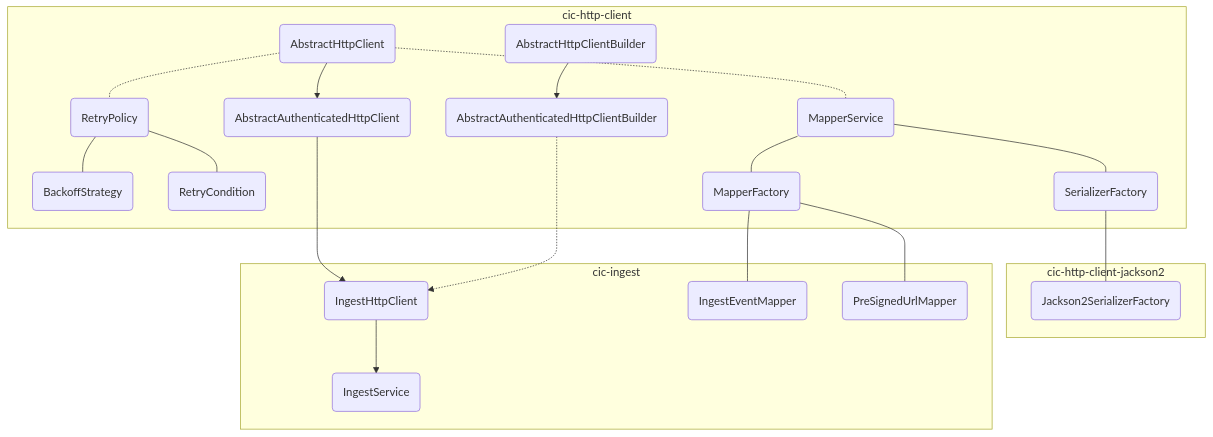
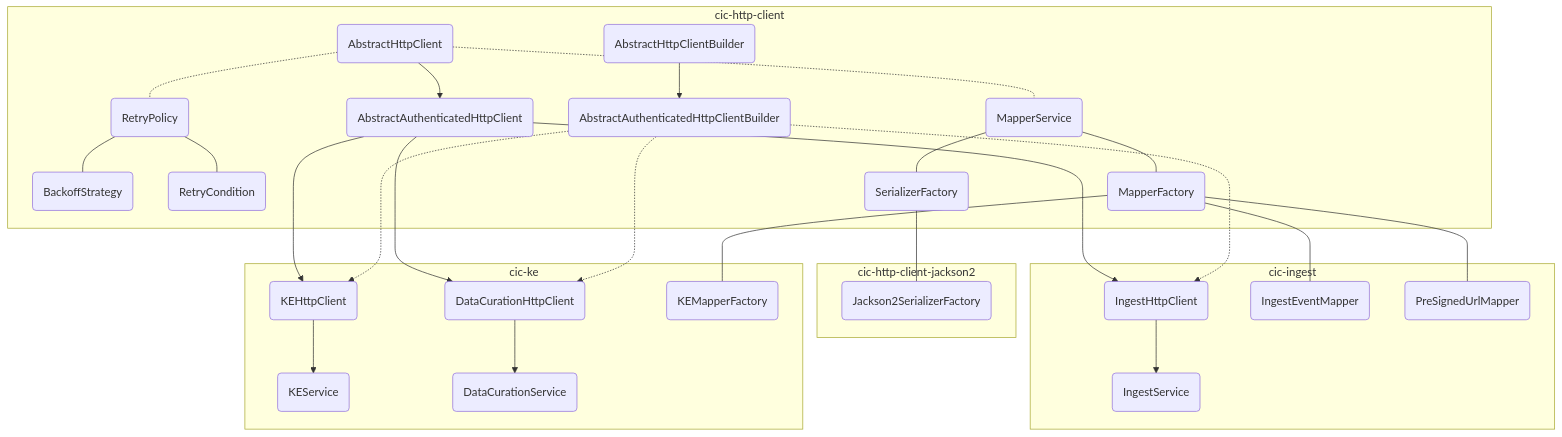
The diagram in README.md (Hyland/cic-java-sdk), drawn with Mermaid before and after one commit. The commit also changed other lines of this file and 100 other files, not shown here.

First line of the commit message:
NXCON-346: Add cic-ke module for Knowledge Enrichment APIs (Context API and Data Curation API)

````diff
--- a/README.md
+++ b/README.md
@@ -9,38 +10,52 @@
 ```mermaid
 flowchart TD
     subgraph cic-http-client
         A1(AbstractHttpClient)
         A2(AbstractHttpClientBuilder)
         A3(AbstractAuthenticatedHttpClient)
         A4(AbstractAuthenticatedHttpClientBuilder)
         R1(RetryPolicy)
         R2(BackoffStrategy)
         R3(RetryCondition)
         B1(MapperService)
         B2(SerializerFactory)
         B3(MapperFactory)
         A1 --> A3
         A2 --> A4
         A1 -.- R1
         R1 --- R2
         R1 --- R3
         B1 --- B2
         B1 --- B3
         A1 -.- B1
     end
     subgraph cic-http-client-jackson2
         B4(Jackson2SerializerFactory)
         B2 --- B4
     end
     subgraph cic-ingest
         C1(IngestHttpClient)
         C2(IngestService)
         D1(IngestEventMapper)
         D2(PreSignedUrlMapper)
         A3 ---> C1
         A4 -..-> C1
         C1 --> C2
         B3 --- D1
         B3 --- D2
     end
+    subgraph cic-ke
+        E1(KEHttpClient)
+        E2(KEService)
+        E3(DataCurationHttpClient)
+        E4(DataCurationService)
+        E5(KEMapperFactory)
+        A3 ---> E1
+        A3 ---> E3
+        A4 -..-> E1
+        A4 -..-> E3
+        E1 --> E2
+        E3 --> E4
+        B3 --- E5
+    end
 ```
````
